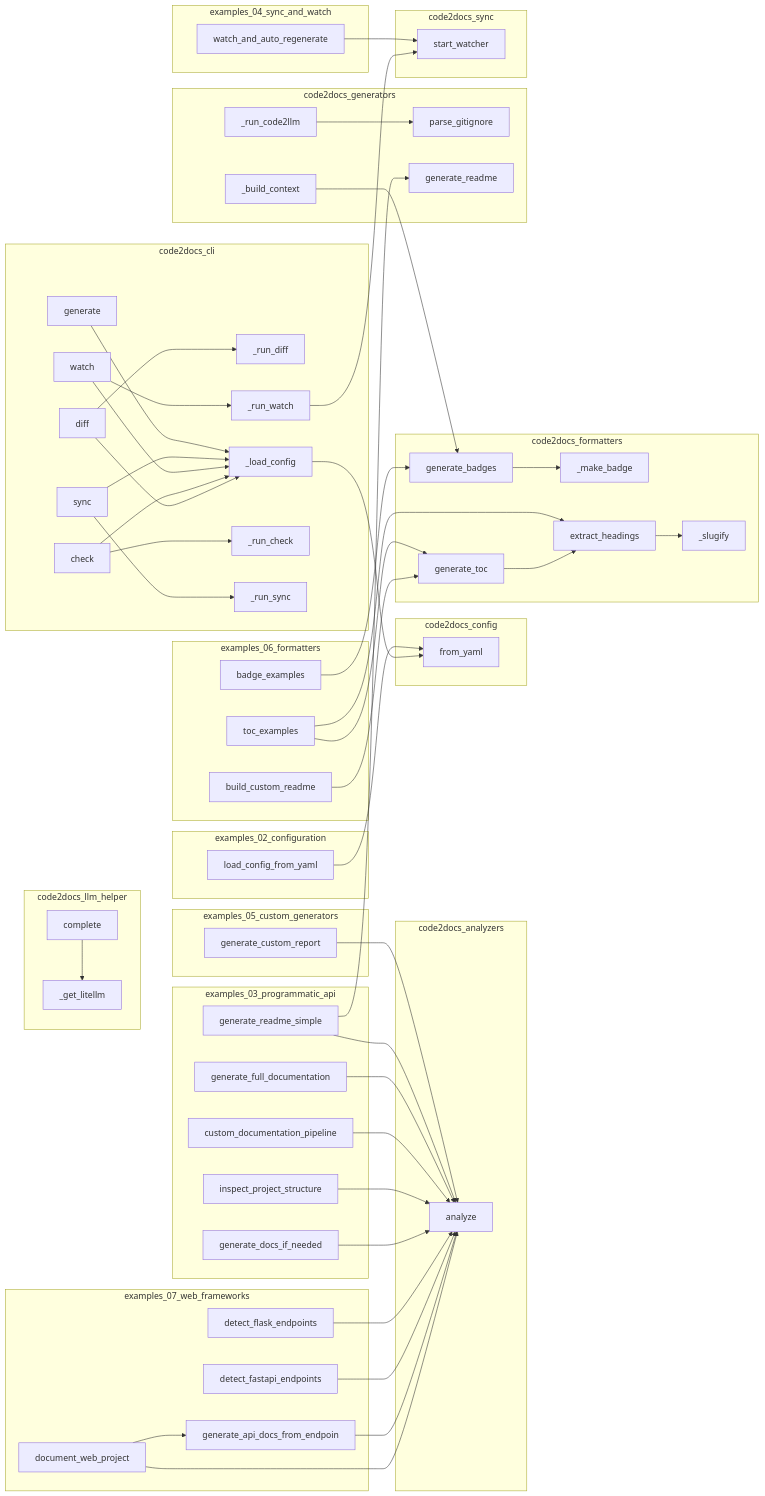
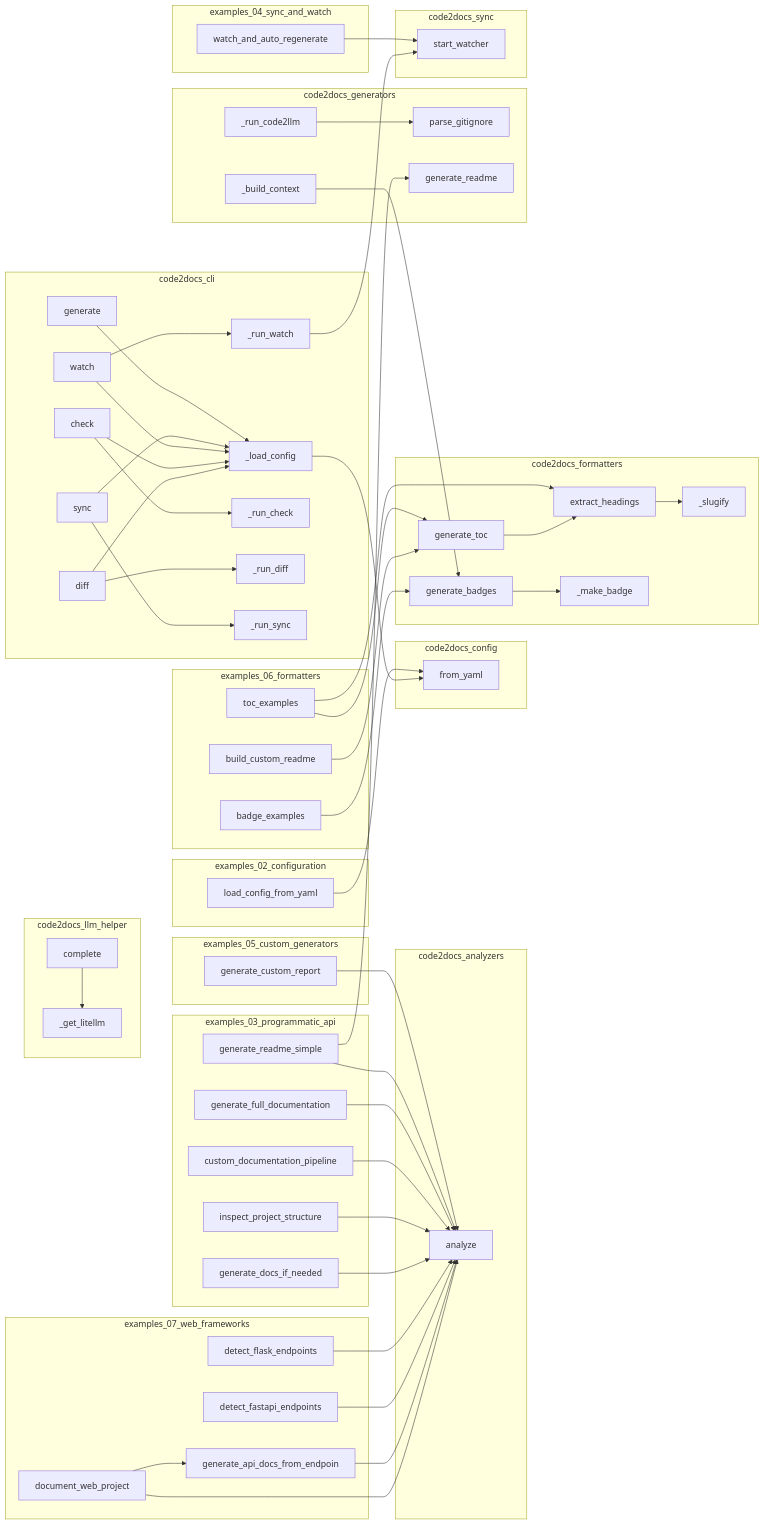
Before and after one commit to wronai/code2docs: the diagram in project/calls.mmd, drawn with Mermaid. The commit also changed other lines of this file and 16 other files, not shown here.

```diff
--- a/project/calls.mmd
+++ b/project/calls.mmd
@@ -1,101 +1,101 @@
 flowchart LR
     subgraph code2docs_analyzers
         code2docs__analyze["analyze"]
     end
     subgraph code2docs_cli
+        code2docs__cli__check["check"]
         code2docs__cli__sync["sync"]
-        code2docs__cli___run_diff["_run_diff"]
+        code2docs__cli__diff["diff"]
+        code2docs__cli__generate["generate"]
+        code2docs__cli__watch["watch"]
         code2docs__cli___load_config["_load_config"]
         code2docs__cli___run_watch["_run_watch"]
         code2docs__cli___run_check["_run_check"]
+        code2docs__cli___run_diff["_run_diff"]
         code2docs__cli___run_sync["_run_sync"]
-        code2docs__cli__watch["watch"]
-        code2docs__cli__diff["diff"]
-        code2docs__cli__generate["generate"]
-        code2docs__cli__check["check"]
     end
     subgraph code2docs_config
         code2docs__config__Code2DocsConfig__from_yaml["from_yaml"]
     end
     subgraph code2docs_formatters
-        code2docs__formatters__toc___slugify["_slugify"]
+        code2docs__formatters__badges__generate_badges["generate_badges"]
+        code2docs__formatters__toc__extract_headings["extract_headings"]
         code2docs__formatters__toc__generate_toc["generate_toc"]
         code2docs__formatters__badges___make_badge["_make_badge"]
-        code2docs__formatters__toc__extract_headings["extract_headings"]
-        code2docs__formatters__badges__generate_badges["generate_badges"]
+        code2docs__formatters__toc___slugify["_slugify"]
     end
     subgraph code2docs_generators
+        code2docs___run_code2llm["_run_code2llm"]
         code2docs__parse_gitignore["parse_gitignore"]
+        code2docs___build_context["_build_context"]
         code2docs__generators__readme_gen__generate_readme["generate_readme"]
-        code2docs___build_context["_build_context"]
-        code2docs___run_code2llm["_run_code2llm"]
     end
     subgraph code2docs_llm_helper
+        code2docs__llm_helper___get_litellm["_get_litellm"]
         code2docs__llm_helper__LLMHelper__complete["complete"]
-        code2docs__llm_helper___get_litellm["_get_litellm"]
     end
     subgraph code2docs_sync
         code2docs__sync__watcher__start_watcher["start_watcher"]
     end
     subgraph examples_02_configuration
         examples__02_configuration__load_config_from_yaml["load_config_from_yaml"]
     end
     subgraph examples_03_programmatic_api
-        examples__inspect_project_structure["inspect_project_structure"]
-        examples__custom_documentation_pipeline["custom_documentation_pipeline"]
-        examples__generate_full_documentation["generate_full_documentation"]
         examples__generate_readme_simple["generate_readme_simple"]
         examples__generate_docs_if_needed["generate_docs_if_needed"]
+        examples__generate_full_documentation["generate_full_documentation"]
+        examples__custom_documentation_pipeline["custom_documentation_pipeline"]
+        examples__inspect_project_structure["inspect_project_structure"]
     end
     subgraph examples_04_sync_and_watch
         examples__watch_and_auto_regenerate["watch_and_auto_regenerate"]
     end
     subgraph examples_05_custom_generators
         examples__generate_custom_report["generate_custom_report"]
     end
     subgraph examples_06_formatters
         examples__06_formatters__toc_examples["toc_examples"]
+        examples__06_formatters__badge_examples["badge_examples"]
         examples__06_formatters__build_custom_readme["build_custom_readme"]
-        examples__06_formatters__badge_examples["badge_examples"]
     end
     subgraph examples_07_web_frameworks
+        examples__detect_flask_endpoints["detect_flask_endpoints"]
         examples__detect_fastapi_endpoints["detect_fastapi_endpoints"]
         examples__07_web_frameworks__document_web_project["document_web_project"]
         examples__generate_api_docs_from_endpoints["generate_api_docs_from_endpoin"]
-        examples__detect_flask_endpoints["detect_flask_endpoints"]
     end
     code2docs__llm_helper__LLMHelper__complete --> code2docs__llm_helper___get_litellm
     examples__watch_and_auto_regenerate --> code2docs__sync__watcher__start_watcher
     examples__generate_custom_report --> code2docs__analyze
     examples__06_formatters__badge_examples --> code2docs__formatters__badges__generate_badges
     examples__06_formatters__toc_examples --> code2docs__formatters__toc__generate_toc
     examples__06_formatters__toc_examples --> code2docs__formatters__toc__extract_headings
     examples__06_formatters__build_custom_readme --> code2docs__formatters__toc__generate_toc
     examples__generate_readme_simple --> code2docs__analyze
     examples__generate_readme_simple --> code2docs__generators__readme_gen__generate_readme
     examples__generate_full_documentation --> code2docs__analyze
     examples__custom_documentation_pipeline --> code2docs__analyze
     examples__inspect_project_structure --> code2docs__analyze
     examples__generate_docs_if_needed --> code2docs__analyze
     examples__detect_flask_endpoints --> code2docs__analyze
     examples__detect_fastapi_endpoints --> code2docs__analyze
     examples__generate_api_docs_from_endpoints --> code2docs__analyze
     examples__07_web_frameworks__document_web_project --> code2docs__analyze
     examples__07_web_frameworks__document_web_project --> examples__generate_api_docs_from_endpoints
     examples__02_configuration__load_config_from_yaml --> code2docs__config__Code2DocsConfig__from_yaml
     code2docs__formatters__badges__generate_badges --> code2docs__formatters__badges___make_badge
     code2docs__formatters__toc__generate_toc --> code2docs__formatters__toc__extract_headings
     code2docs__formatters__toc__extract_headings --> code2docs__formatters__toc___slugify
     code2docs___run_code2llm --> code2docs__parse_gitignore
     code2docs___build_context --> code2docs__formatters__badges__generate_badges
     code2docs__cli__generate --> code2docs__cli___load_config
     code2docs__cli__sync --> code2docs__cli___load_config
     code2docs__cli__sync --> code2docs__cli___run_sync
     code2docs__cli__watch --> code2docs__cli___load_config
     code2docs__cli__watch --> code2docs__cli___run_watch
     code2docs__cli__check --> code2docs__cli___load_config
     code2docs__cli__check --> code2docs__cli___run_check
     code2docs__cli__diff --> code2docs__cli___load_config
     code2docs__cli__diff --> code2docs__cli___run_diff
     code2docs__cli___load_config --> code2docs__config__Code2DocsConfig__from_yaml
     code2docs__cli___run_watch --> code2docs__sync__watcher__start_watcher
```
